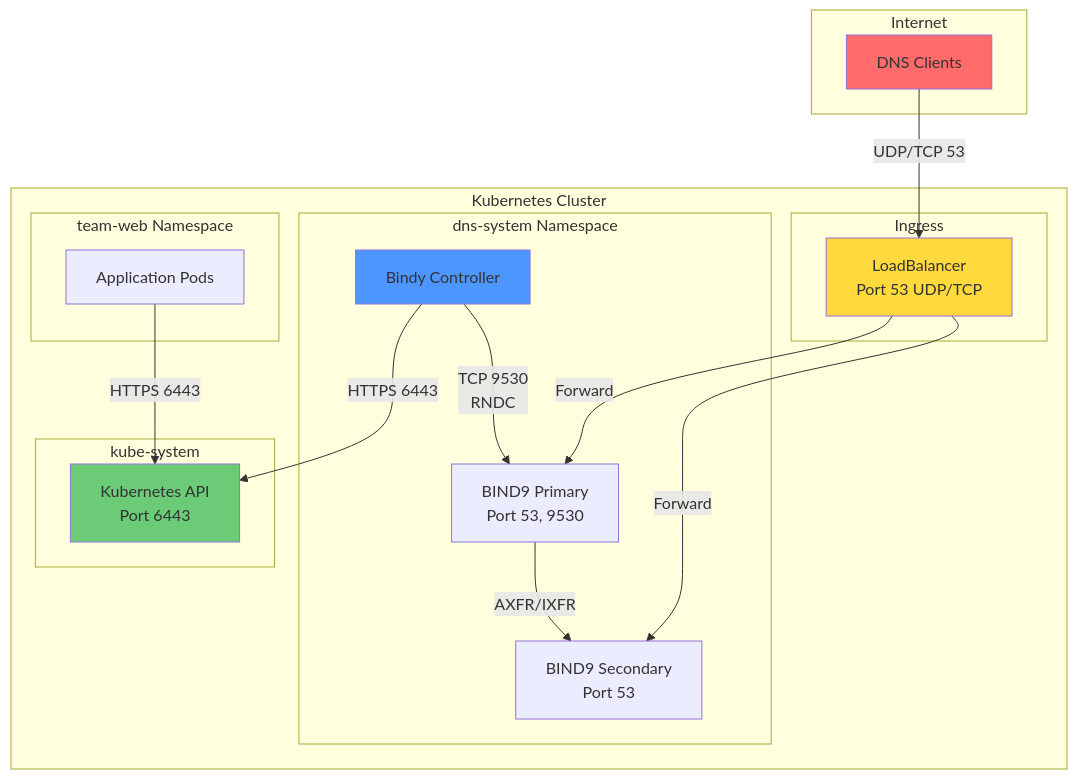
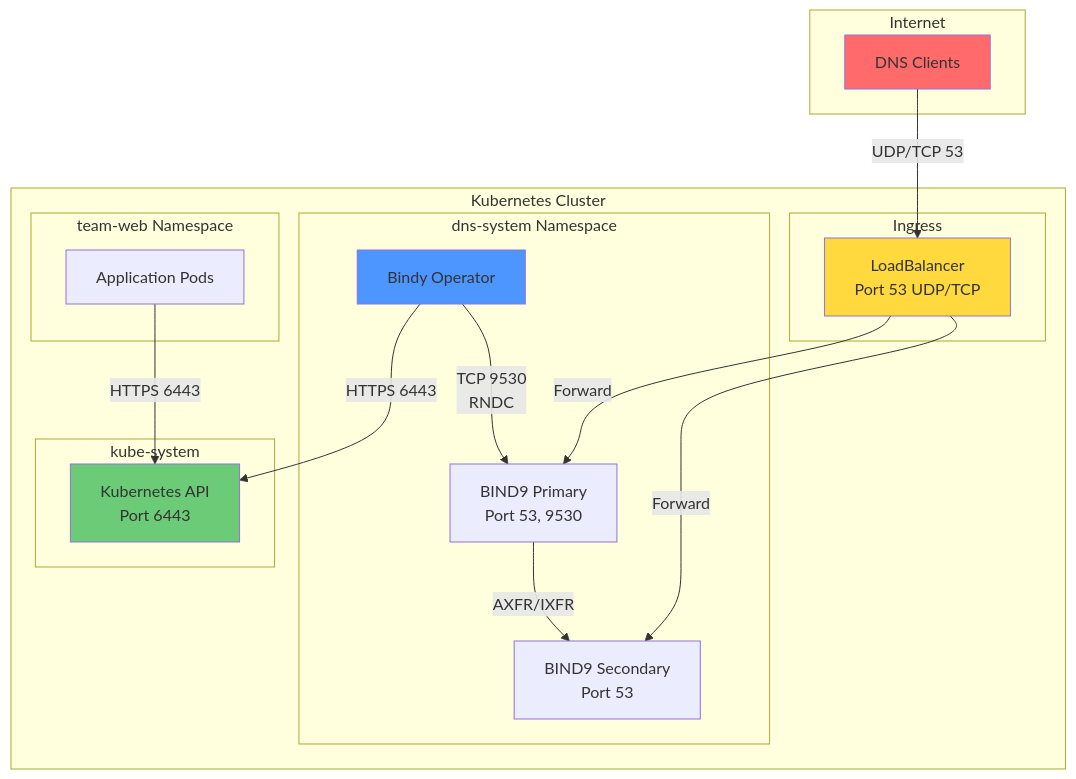
One commit to firestoned/bindy changed the eighth of 9 diagrams in docs/security/ARCHITECTURE.md. Above: the diagram before and after it, drawn with Mermaid. The commit also changed other lines of this file and 150 other files, not shown here.

Commit message:
Change the occurences from controller to operator (#83)

````diff
--- a/docs/security/ARCHITECTURE.md
+++ b/docs/security/ARCHITECTURE.md
@@ -468,39 +468,39 @@
 ```mermaid
 graph TB
     subgraph Internet
         Client[DNS Clients]
     end
 
     subgraph Kubernetes["Kubernetes Cluster"]
         subgraph Ingress["Ingress"]
             LB[LoadBalancer<br/>Port 53 UDP/TCP]
         end
 
         subgraph dns-system["dns-system Namespace"]
-            Ctrl[Bindy Controller]
+            Ctrl[Bindy Operator]
             BIND1[BIND9 Primary<br/>Port 53, 9530]
             BIND2[BIND9 Secondary<br/>Port 53]
         end
 
         subgraph kube-system["kube-system"]
             API[Kubernetes API<br/>Port 6443]
         end
 
         subgraph team-web["team-web Namespace"]
             App1[Application Pods]
         end
     end
 
     Client -->|UDP/TCP 53| LB
     LB -->|Forward| BIND1
     LB -->|Forward| BIND2
     Ctrl -->|HTTPS 6443| API
     Ctrl -->|TCP 9530<br/>RNDC| BIND1
     BIND1 -->|AXFR/IXFR| BIND2
     App1 -->|HTTPS 6443| API
 
     style Client fill:#FF6B6B
     style LB fill:#FFD93D
     style API fill:#6BCB77
     style Ctrl fill:#4D96FF
 ```
````
